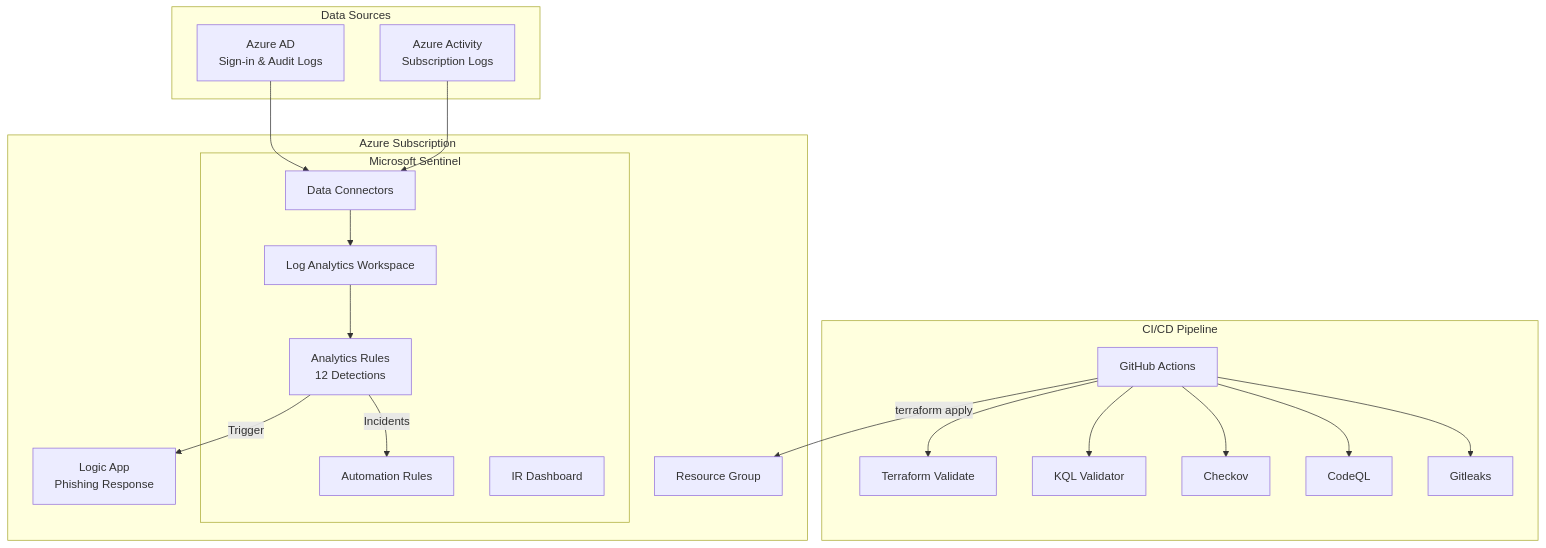
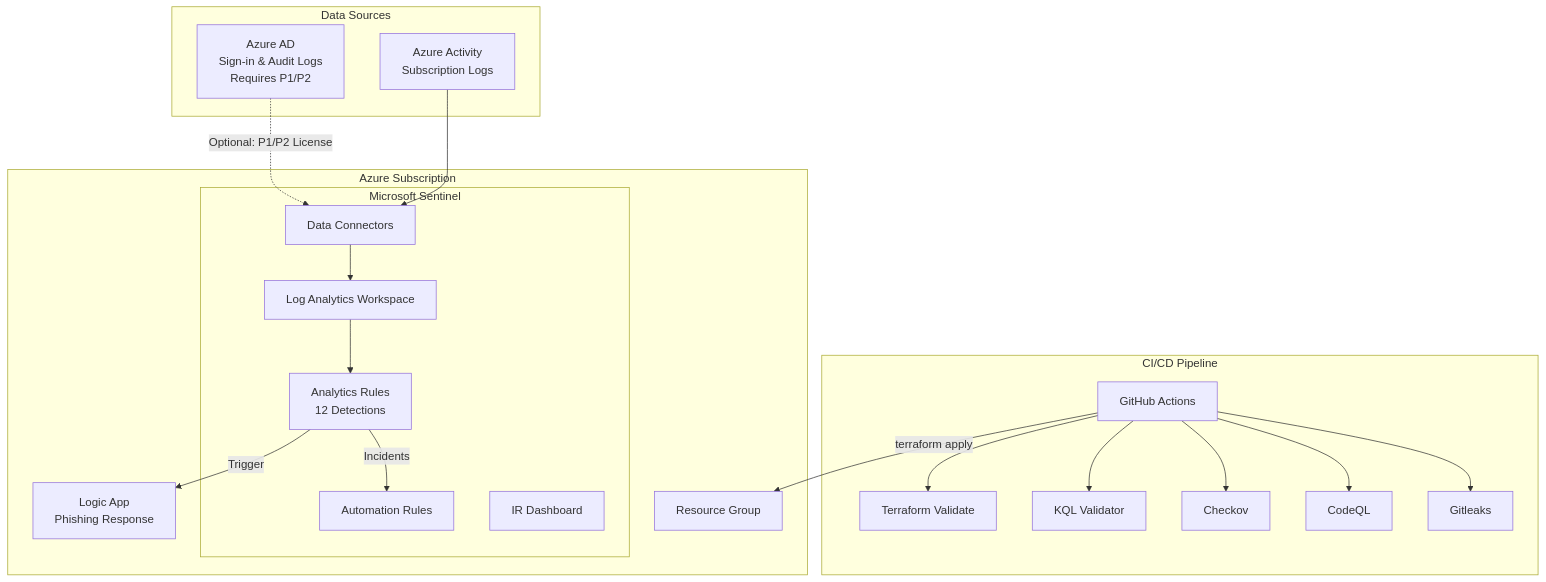
Before and after one commit to n1ops/sentinel-detection-lab: the diagram in README.md, drawn with Mermaid. The commit also changed other lines of this file and 4 other files, not shown here.

````diff
--- a/README.md
+++ b/README.md
@@ -7,35 +7,35 @@
 ```mermaid
 graph TB
     subgraph "CI/CD Pipeline"
         GH[GitHub Actions] --> GL[Gitleaks]
         GH --> CQ[CodeQL]
         GH --> CK[Checkov]
         GH --> VK[KQL Validator]
         GH --> TV[Terraform Validate]
     end
 
     subgraph "Azure Subscription"
         RG[Resource Group]
         subgraph "Microsoft Sentinel"
             LAW[Log Analytics Workspace]
             DC[Data Connectors]
             AR[Analytics Rules<br/>12 Detections]
             AUTO[Automation Rules]
             WB[IR Dashboard]
         end
         LA[Logic App<br/>Phishing Response]
     end
 
     subgraph "Data Sources"
-        AAD[Azure AD<br/>Sign-in & Audit Logs]
+        AAD[Azure AD<br/>Sign-in & Audit Logs<br/>Requires P1/P2]
         AZ[Azure Activity<br/>Subscription Logs]
     end
 
     GH -->|terraform apply| RG
-    AAD --> DC
+    AAD -.->|Optional: P1/P2 License| DC
     AZ --> DC
     DC --> LAW
     LAW --> AR
     AR -->|Incidents| AUTO
     AR -->|Trigger| LA
 ```
````
